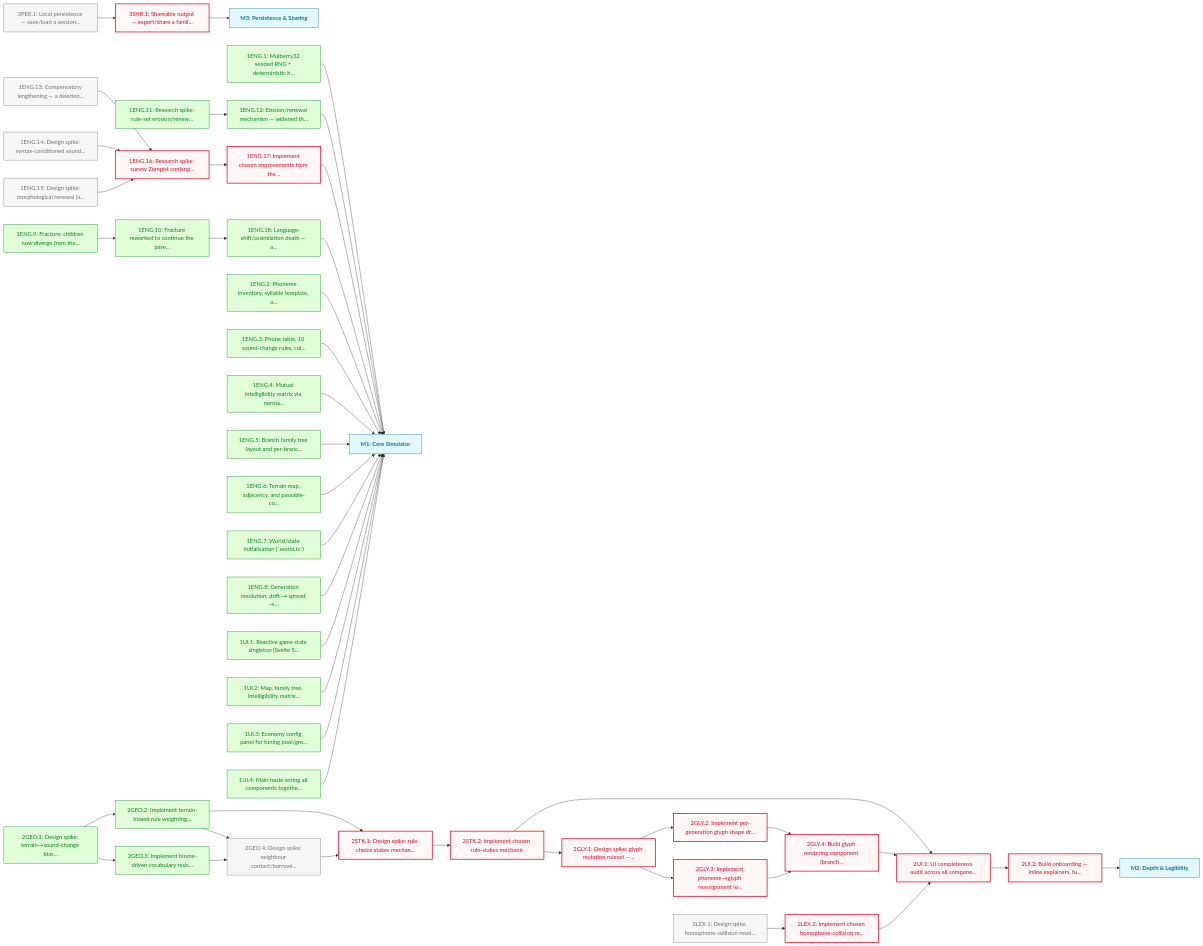
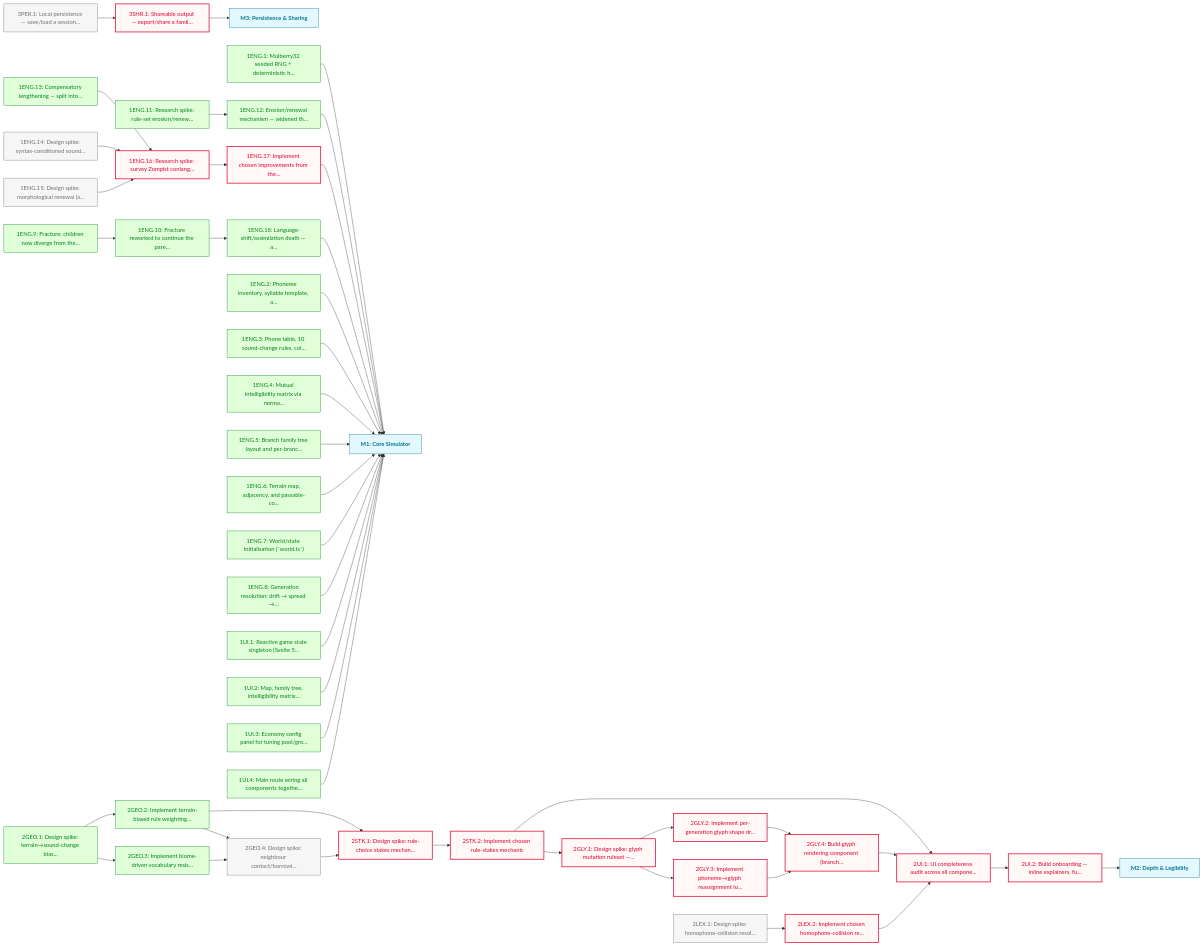
The diagram in docs/roadmaps/mvp.md (JasonWarrenUK/the-tongue), drawn with Mermaid before and after one commit. The commit also changed other lines of this file and 1 other file, not shown here.

Commit message:
docs(roadmap): reconcile

````diff
--- a/docs/roadmaps/mvp.md
+++ b/docs/roadmaps/mvp.md
@@ -103,7 +103,7 @@
 	1UI.2["1UI.2: Map, family tree, intelligibility matrix…"]
 	1UI.3["1UI.3: Economy config panel for tuning pool/gro…"]
 	1UI.4["1UI.4: Main route wiring all components togethe…"]
-	1ENG.13["1ENG.13: Compensatory lengthening — a deletion…"]
+	1ENG.13["1ENG.13: Compensatory lengthening — split into…"]
 	1ENG.14["1ENG.14: Design spike: syntax-conditioned sound…"]
 	1ENG.15["1ENG.15: Design spike: morphological renewal (a…"]
 	1ENG.16["1ENG.16: Research spike: survey Zompist conlang…"]
@@ -166,7 +166,7 @@
 	1UI.4 --> M1
 	2UI.2 --> M2
 	3SHR.1 --> M3
-	class 1ENG.13,1ENG.14,1ENG.15,2GEO.4,2LEX.1,3PER.1 todo
+	class 1ENG.14,1ENG.15,2GEO.4,2LEX.1,3PER.1 todo
 	class 1ENG.16,1ENG.17,2GLY.1,2GLY.2,2GLY.3,2GLY.4,2LEX.2,2STK.1,2STK.2,2UI.1,2UI.2,3SHR.1 blocked
-	class 1ENG.1,1ENG.10,1ENG.11,1ENG.12,1ENG.18,1ENG.2,1ENG.3,1ENG.4,1ENG.5,1ENG.6,1ENG.7,1ENG.8,1ENG.9,1UI.1,1UI.2,1UI.3,1UI.4,2GEO.1,2GEO.2,2GEO.3 done
+	class 1ENG.1,1ENG.10,1ENG.11,1ENG.12,1ENG.13,1ENG.18,1ENG.2,1ENG.3,1ENG.4,1ENG.5,1ENG.6,1ENG.7,1ENG.8,1ENG.9,1UI.1,1UI.2,1UI.3,1UI.4,2GEO.1,2GEO.2,2GEO.3 done
 ```
````
